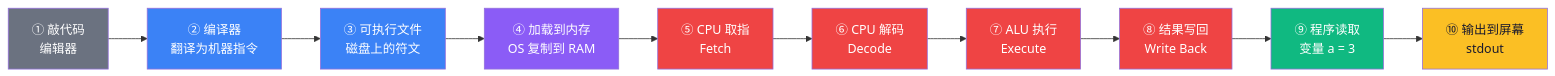
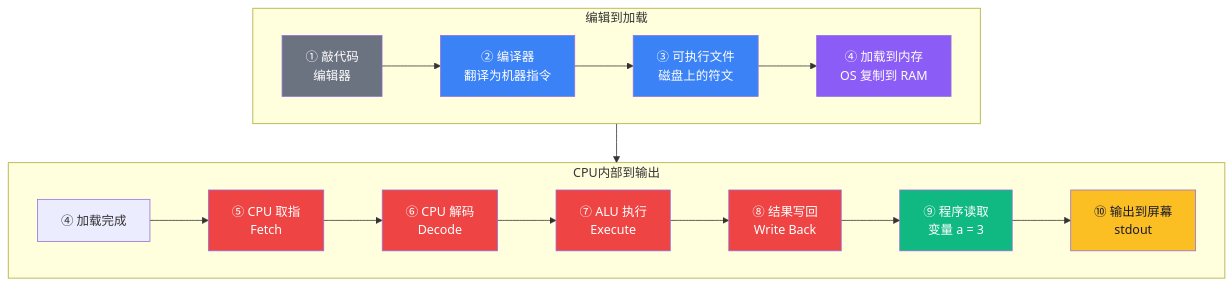
The first of 2 diagrams in docs/zhuji/032-code-to-cpu.md (zeegoo/xren.ren), drawn with Mermaid before and after one commit. The commit also changed other lines of this file and 6 other files, not shown here.

````diff
--- a/docs/zhuji/032-code-to-cpu.md
+++ b/docs/zhuji/032-code-to-cpu.md
@@ -40,23 +40,30 @@
 ```mermaid
-flowchart LR
-    A[① 敲代码<br/>编辑器] --> B[② 编译器<br/>翻译为机器指令]
-    B --> C[③ 可执行文件<br/>磁盘上的符文]
-    C --> D[④ 加载到内存<br/>OS 复制到 RAM]
-    D --> E[⑤ CPU 取指<br/>Fetch]
-    E --> F[⑥ CPU 解码<br/>Decode]
-    F --> G[⑦ ALU 执行<br/>Execute]
-    G --> H[⑧ 结果写回<br/>Write Back]
-    H --> I[⑨ 程序读取<br/>变量 a = 3]
-    I --> J[⑩ 输出到屏幕<br/>stdout]
+flowchart TD
+    subgraph 前半程 ["编辑到加载"]
+        direction LR
+        A["① 敲代码<br/>编辑器"] --> B["② 编译器<br/>翻译为机器指令"]
+        B --> C["③ 可执行文件<br/>磁盘上的符文"]
+        C --> D["④ 加载到内存<br/>OS 复制到 RAM"]
+    end
+    subgraph 后半程 ["CPU内部到输出"]
+        direction LR
+        D2["④ 加载完成"] --> E["⑤ CPU 取指<br/>Fetch"]
+        E --> F["⑥ CPU 解码<br/>Decode"]
+        F --> G["⑦ ALU 执行<br/>Execute"]
+        G --> H["⑧ 结果写回<br/>Write Back"]
+        H --> I["⑨ 程序读取<br/>变量 a = 3"]
+        I --> J["⑩ 输出到屏幕<br/>stdout"]
+    end
+    D --> D2
 
     style A fill:#6b7280,color:#fff
     style B fill:#3b82f6,color:#fff
     style C fill:#3b82f6,color:#fff
     style D fill:#8b5cf6,color:#fff
     style E fill:#ef4444,color:#fff
     style F fill:#ef4444,color:#fff
     style G fill:#ef4444,color:#fff
     style H fill:#ef4444,color:#fff
     style I fill:#10b981,color:#fff
     style J fill:#fbbf24,color:#1a1a2e
 ```
````
